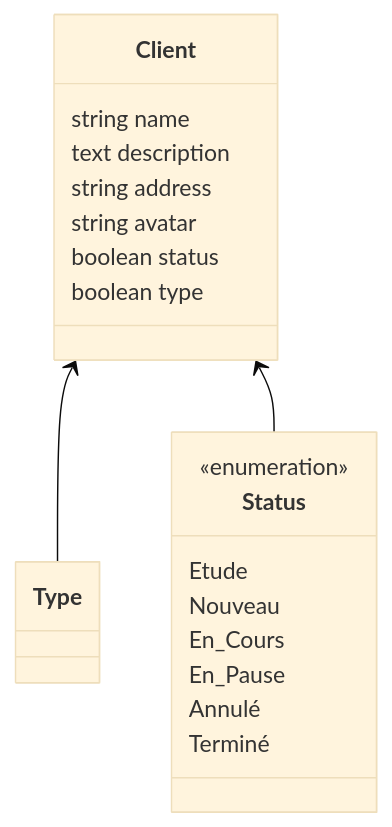
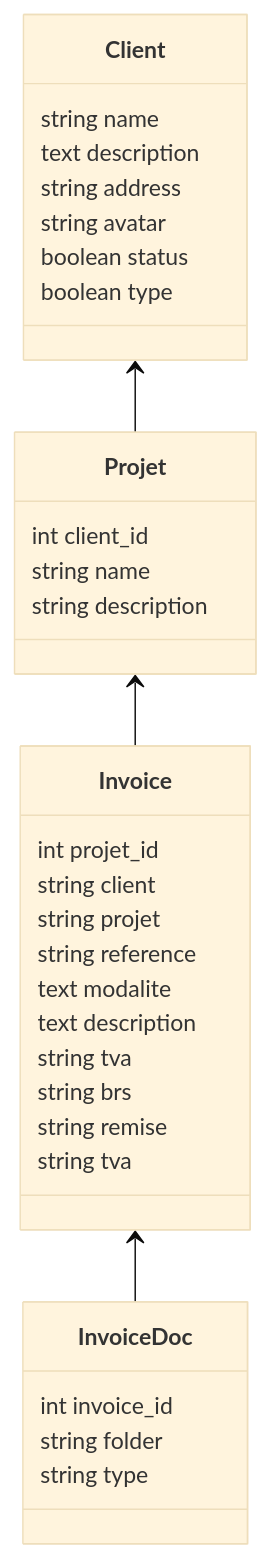
The diagram in database/docs/01_Diagram.md (desmond8500/Dash3), drawn with Mermaid (base theme) before and after one commit. The commit also changed 21 other files, not shown here.

````diff
--- a/database/docs/01_Diagram.md
+++ b/database/docs/01_Diagram.md
@@ -3,25 +3,43 @@
 ```mermaid
 classDiagram
 
 class Client{
     string name
     text description
     string address
     string avatar
     boolean status
     boolean type
 }
 
-class Status{
-    <<enumeration>>
-    Etude
-    Nouveau
-    En_Cours
-    En_Pause
-    Annulé
-    Terminé
+Client <-- Projet
+class Projet{
+    int client_id
+    string name
+    string description
+
 }
 
-Client <-- Type
-Client <-- Status
+Projet <-- Invoice
+class Invoice{
+    int projet_id
+    string client
+    string projet
+    string reference
+    text modalite
+    text description
+    string tva
+    string brs
+    string remise
+    string tva
+
+}
+
+Invoice <-- InvoiceDoc
+class InvoiceDoc{
+    int invoice_id
+    string folder
+    string type
+}
+
 ```
````
